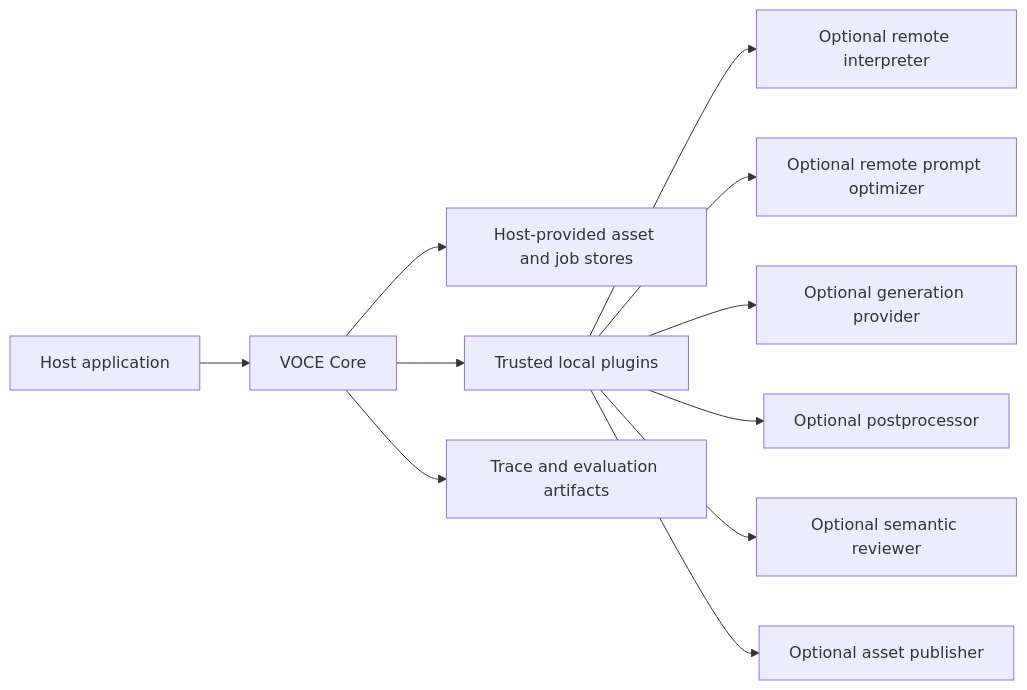
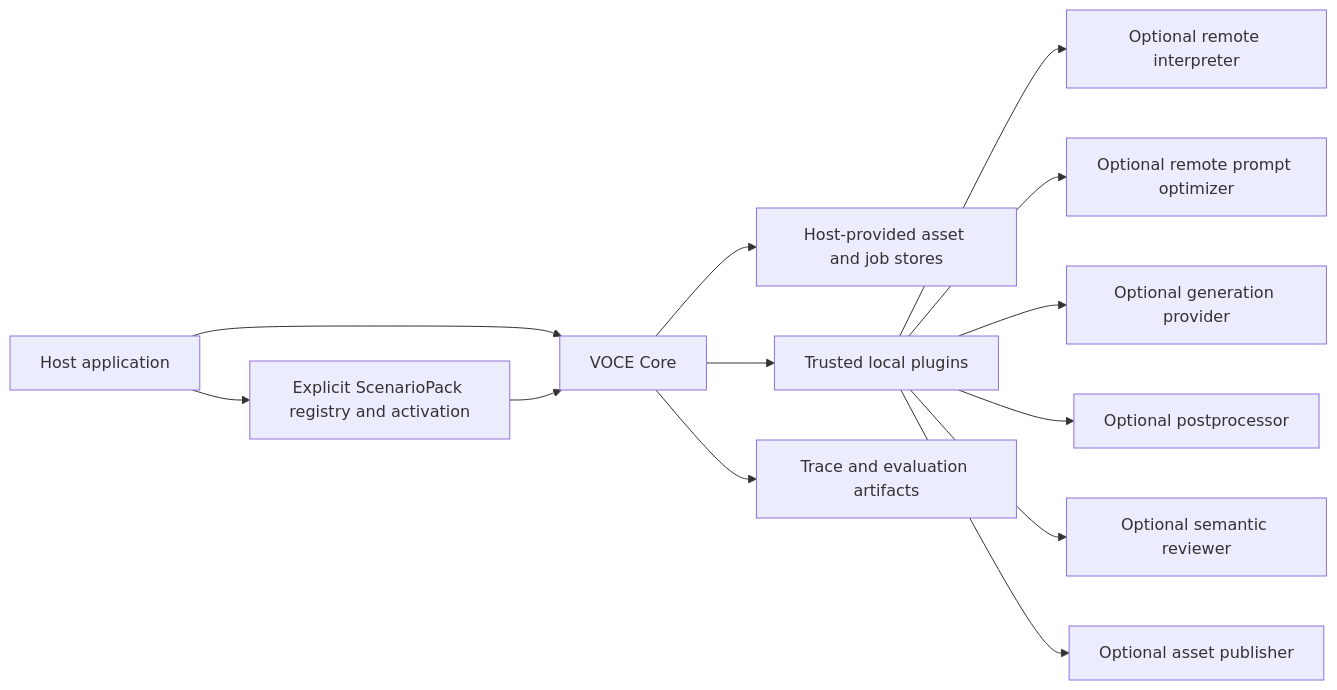
Before and after one commit to windforce19820520-ai/visual-ontology-constraint-engine: the first of 3 diagrams in docs/system-design.md, drawn with Mermaid. The commit also changed other lines of this file and 16 other files, not shown here.

Commit message:
docs: define extensible scenario pack contracts

````diff
--- a/docs/system-design.md
+++ b/docs/system-design.md
@@ -78,13 +80,15 @@
 ```mermaid
 flowchart LR
     UI["Host application"] --> CORE["VOCE Core"]
+    UI --> SCENARIOS["Explicit ScenarioPack registry and activation"]
+    SCENARIOS --> CORE
     CORE --> STORE["Host-provided asset and job stores"]
     CORE --> PLUGINS["Trusted local plugins"]
     PLUGINS --> ANALYZER["Optional remote interpreter"]
     PLUGINS --> OPT["Optional remote prompt optimizer"]
     PLUGINS --> GEN["Optional generation provider"]
     PLUGINS --> POST["Optional postprocessor"]
     PLUGINS --> REVIEW["Optional semantic reviewer"]
     PLUGINS --> PUBLISH["Optional asset publisher"]
     CORE --> REPORT["Trace and evaluation artifacts"]
 ```
````
